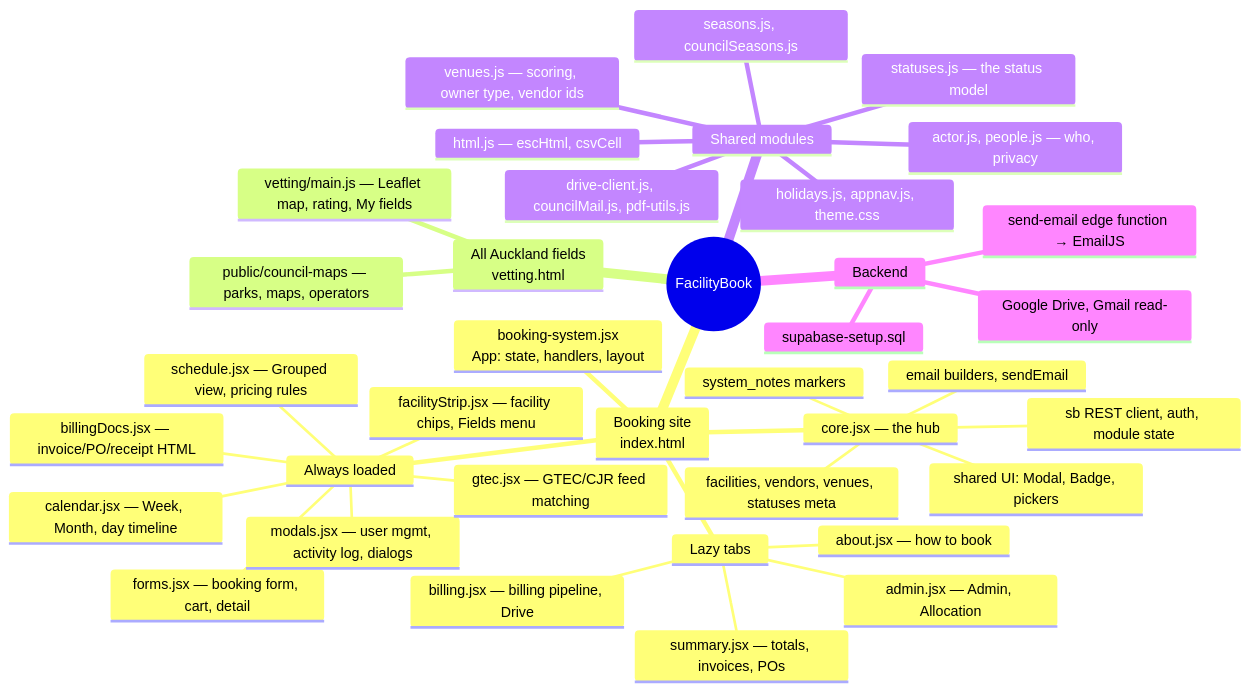
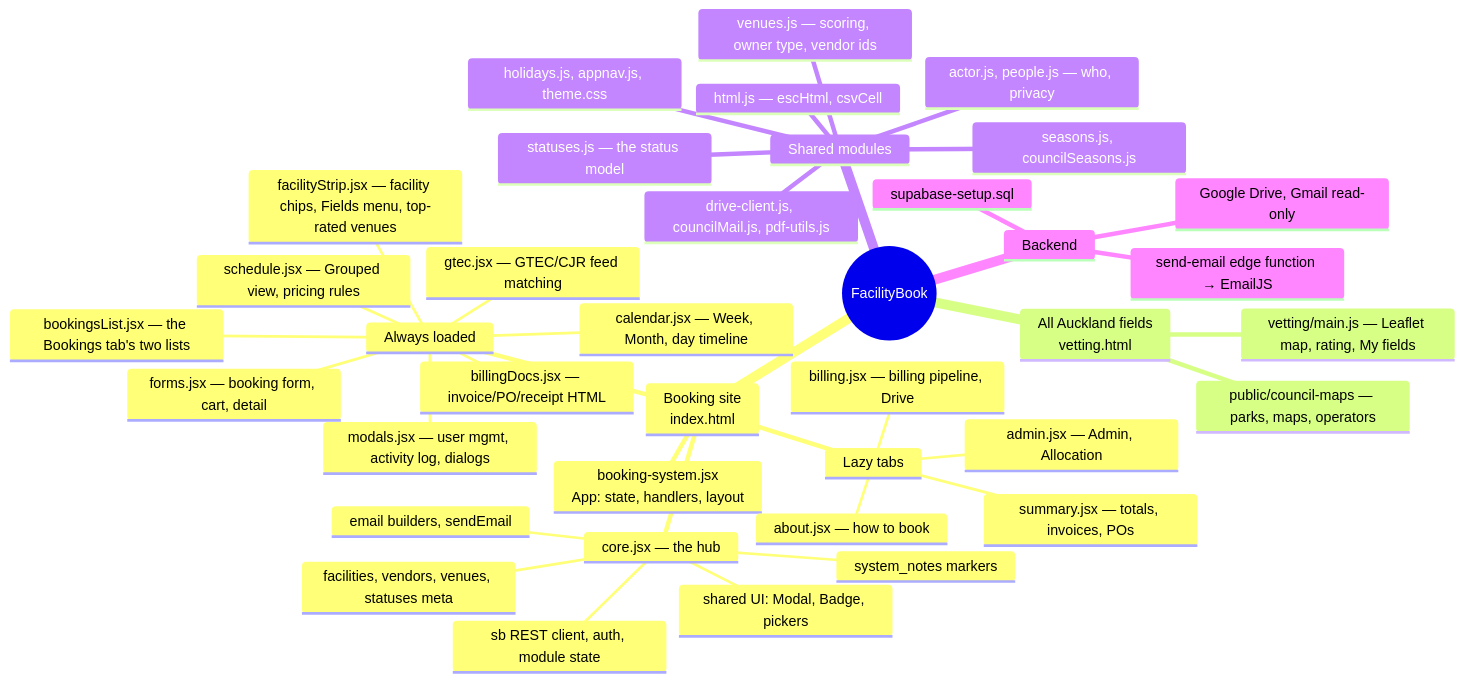
Before and after one commit to aucklandmixedultimate/facility-booking: the first of 2 diagrams in docs/HANDOVER.md, drawn with Mermaid. The commit also changed other lines of this file and 3 other files, not shown here.

First line of the commit message:
Bookings tab: "Filtered Bookings" and "All Bookings" lists

````diff
--- a/docs/HANDOVER.md
+++ b/docs/HANDOVER.md
@@ -15,40 +15,41 @@
 ```mermaid
 mindmap
   root((FacilityBook))
     Booking site<br/>index.html
       booking-system.jsx<br/>App: state, handlers, layout
       core.jsx — the hub
         sb REST client, auth, module state
         facilities, vendors, venues, statuses meta
         system_notes markers
         email builders, sendEmail
         shared UI: Modal, Badge, pickers
       Always loaded
         calendar.jsx — Week, Month, day timeline
-        facilityStrip.jsx — facility chips, Fields menu
+        facilityStrip.jsx — facility chips, Fields menu, top-rated venues
+        bookingsList.jsx — the Bookings tab's two lists
         forms.jsx — booking form, cart, detail
         modals.jsx — user mgmt, activity log, dialogs
         schedule.jsx — Grouped view, pricing rules
         gtec.jsx — GTEC/CJR feed matching
         billingDocs.jsx — invoice/PO/receipt HTML
       Lazy tabs
         summary.jsx — totals, invoices, POs
         billing.jsx — billing pipeline, Drive
         admin.jsx — Admin, Allocation
         about.jsx — how to book
     All Auckland fields<br/>vetting.html
       vetting/main.js — Leaflet map, rating, My fields
       public/council-maps — parks, maps, operators
     Shared modules
       statuses.js — the status model
       html.js — escHtml, csvCell
       venues.js — scoring, owner type, vendor ids
       actor.js, people.js — who, privacy
       seasons.js, councilSeasons.js
       holidays.js, appnav.js, theme.css
       drive-client.js, councilMail.js, pdf-utils.js
     Backend
       supabase-setup.sql
       send-email edge function → EmailJS
       Google Drive, Gmail read-only
 ```
````
